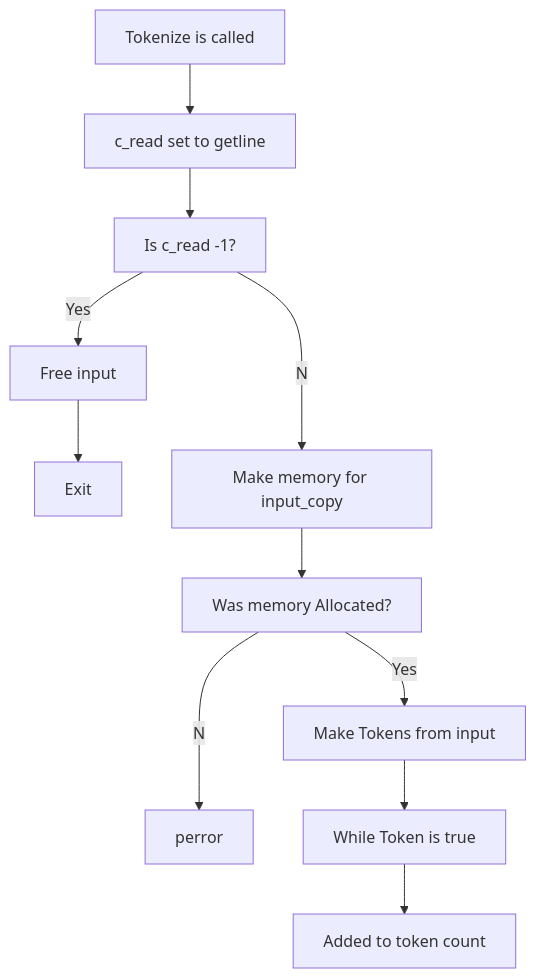
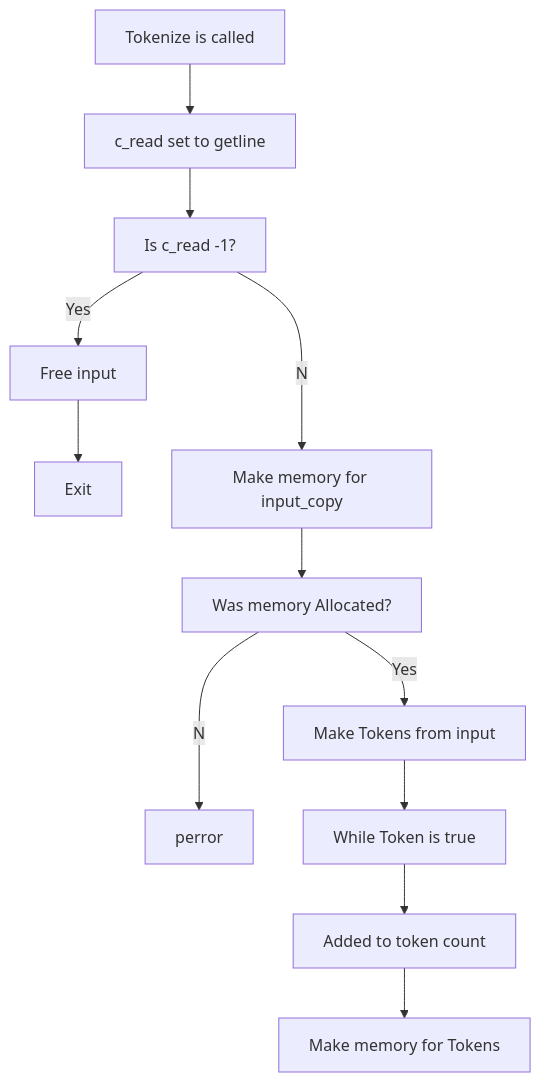
The diagram in README.md (LeeWest89/MySuperRepo), drawn with Mermaid before and after one commit.

````diff
--- a/README.md
+++ b/README.md
@@ -3,13 +3,14 @@
 ```mermaid
 flowchart TB;
   A[Tokenize is called]-->B[c_read set to getline];
   B-->C[Is c_read -1?];
   C--Yes-->D[Free input];
   D-->E[Exit];
   C--No-->F[Make memory for input_copy];
   F-->G[Was memory Allocated?];
   G--No-->H[perror];
   G--Yes-->I[Make Tokens from input];
   I-->J[While Token is true];
   J-->K[Added to token count];
+  K-->L[Make memory for Tokens];
 ```
````
